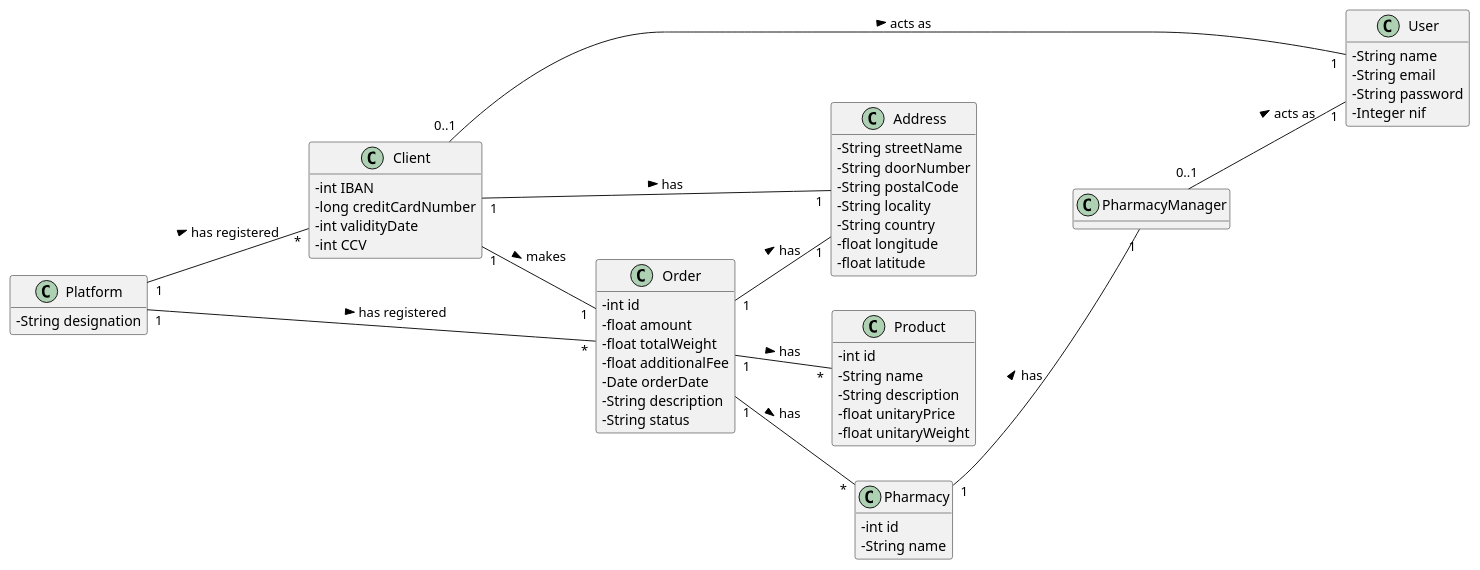
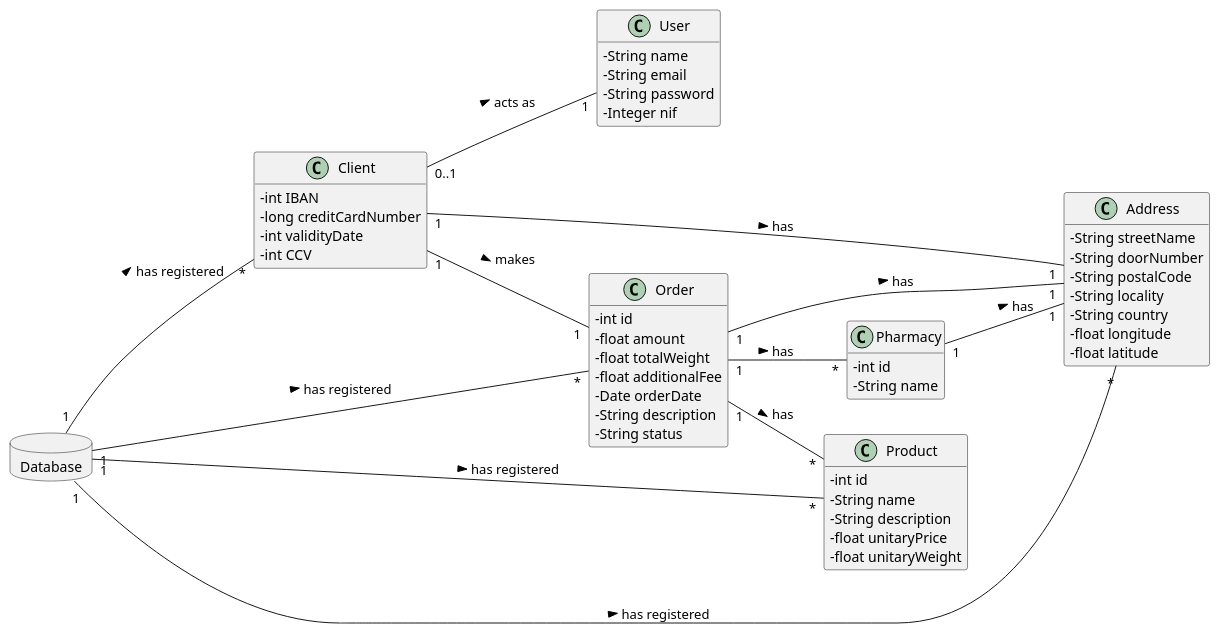
The diagram in docs/Iteration 2/Make An Order/Refinement/US25_MakeAnOrder/US25_DM.puml (tiagoavcosta25/LAPR3), drawn with PlantUML before and after one commit. The commit also changed 7 other files, not shown here.

```diff
--- a/docs/Iteration 2/Make An Order/Refinement/US25_MakeAnOrder/US25_DM.puml
+++ b/docs/Iteration 2/Make An Order/Refinement/US25_MakeAnOrder/US25_DM.puml
@@ -1,69 +1,67 @@
 @startuml
 skinparam classAttributeIconSize 0
 hide methods
 left to right direction
 
-class Platform {
--   String designation
+database Database {
 }
+
 class Client{
 -   int IBAN
 -   long creditCardNumber
 -   int validityDate
 -   int CCV
 }
 
 class User{
 -   String name
 -   String email
 -   String password
 -   Integer nif
 }
 
 class Address{
 -   String streetName
 -   String doorNumber
 -   String postalCode
 -   String locality
 -   String country
 -   float longitude
 -   float latitude
 }
 
 class Order{
 -   int id
 -   float amount
 -   float totalWeight
 -   float additionalFee
 -   Date orderDate
 -   String description
 -   String status
 }
 
 class Product{
 -   int id
 -   String name
 -   String description
 -   float unitaryPrice
 -   float unitaryWeight
 }
 
 class Pharmacy{
 -   int id
 -   String name
 }
 
-class PharmacyManager{
-}
-
-Platform "1" -- "*" Client : has registered >
-Platform "1" -- "*" Order : has registered >
+Database "1" -- "*" Client : has registered >
+Database "1" -- "*" Order : has registered >
+Database "1" -- "*" Product : has registered >
+Database "1" -- "*" Address : has registered >
 Order "1" -- "*" Product : has >
 Order "1" -- "*" Pharmacy : has >
 Client "0..1" -- "1" User: acts as >
 Client "1" -- "1" Order : makes >
 Client "1" -- "1" Address : has >
 Order "1" -- "1" Address : has >
-PharmacyManager "0..1" -- "1" User: acts as >
-Pharmacy "1" -- "1" PharmacyManager : has >
+Pharmacy "1" -- "1" Address : has >
 @enduml
```
